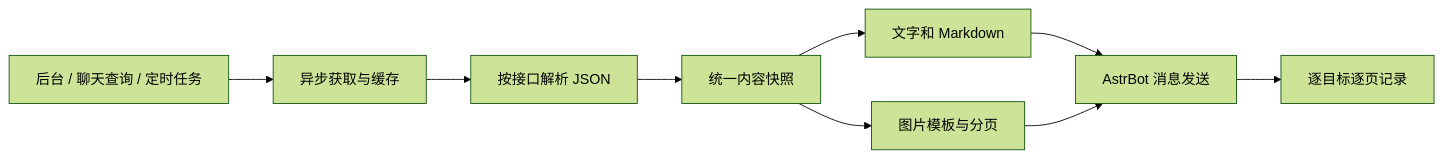
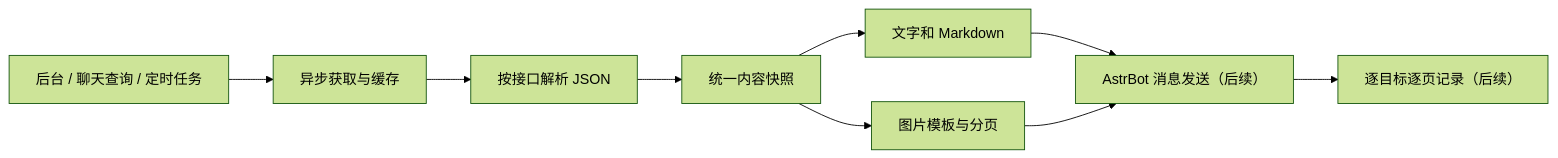
The diagram in docs/architecture.md (littleseven2003/astrbot_plugin_60sapi_hub), drawn with Mermaid (forest theme) before and after one commit. The commit also changed other lines of this file and 6 other files, not shown here.

Commit message:
docs: 完成M3图文输出验收说明

````diff
--- a/docs/architecture.md
+++ b/docs/architecture.md
@@ -7,11 +7,11 @@
 ```mermaid
 flowchart LR
     A[后台 / 聊天查询 / 定时任务] --> B[异步获取与缓存]
     B --> C[按接口解析 JSON]
     C --> D[统一内容快照]
     D --> E[文字和 Markdown]
     D --> F[图片模板与分页]
-    E --> G[AstrBot 消息发送]
+    E --> G[AstrBot 消息发送（后续）]
     F --> G
-    G --> H[逐目标逐页记录]
+    G --> H[逐目标逐页记录（后续）]
 ```
````
